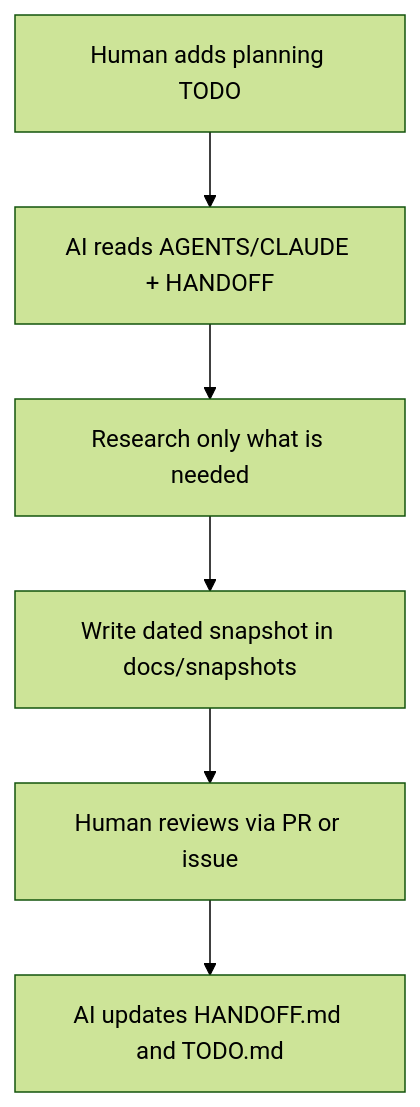
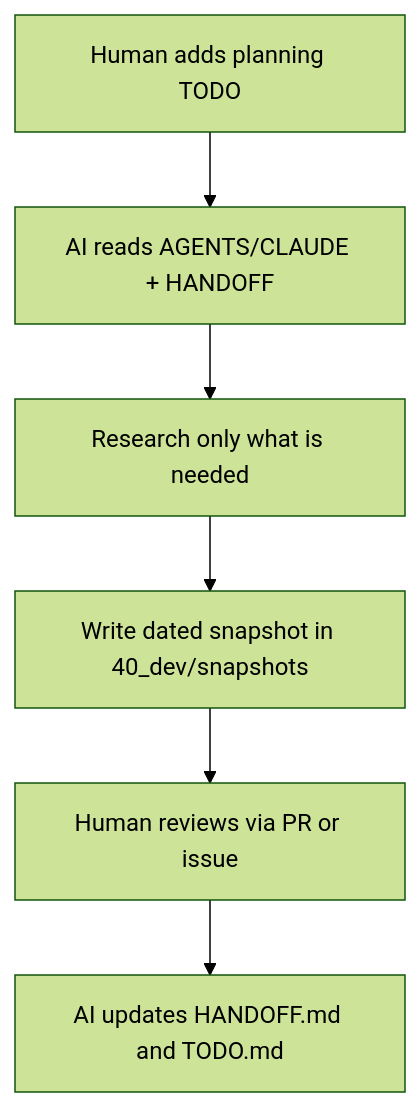
The second of 3 diagrams in 10_foundation/DIAGRAM.md (YunJuniverse/ai-pipeline-methodology), drawn with Mermaid (forest theme) before and after one commit. The commit also changed 7 other files, not shown here.

First line of the commit message:
docs(foundation): METH-091 legacy 경로 sweep — docs/snapshots → 40_dev/snapshots

````diff
--- a/10_foundation/DIAGRAM.md
+++ b/10_foundation/DIAGRAM.md
@@ -20,8 +20,8 @@
 ```mermaid
 flowchart TD
     A["Human adds planning TODO"] --> B["AI reads AGENTS/CLAUDE + HANDOFF"]
     B --> C["Research only what is needed"]
-    C --> D["Write dated snapshot in docs/snapshots"]
+    C --> D["Write dated snapshot in 40_dev/snapshots"]
     D --> E["Human reviews via PR or issue"]
     E --> F["AI updates HANDOFF.md and TODO.md"]
 ```
````
